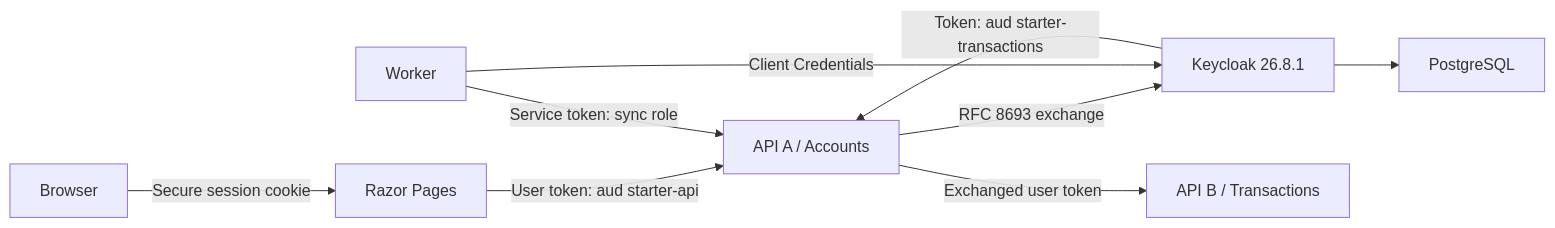
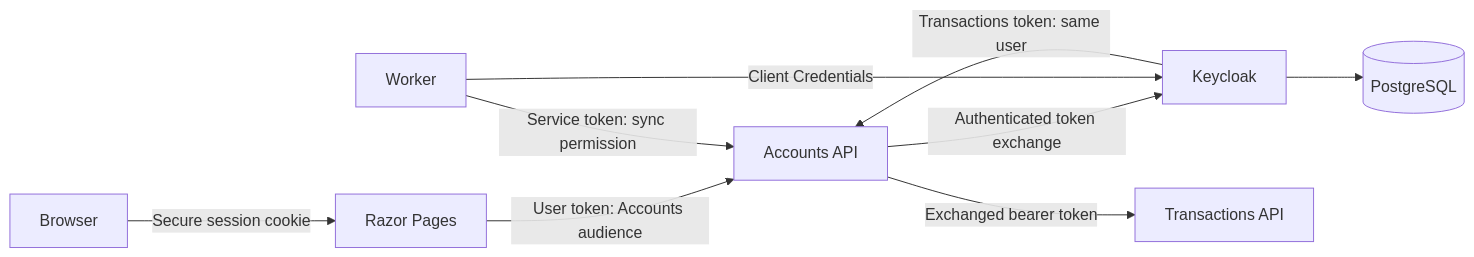
Before and after one commit to AamiriYouness/dotnet-keycloak-starter: the diagram in README.md, drawn with Mermaid. The commit also changed other lines of this file and 5 other files, not shown here.

```diff
--- a/README.md
+++ b/README.md
@@ -9,11 +14,11 @@
 ~~~mermaid
 flowchart LR
     Browser -->|Secure session cookie| Web[Razor Pages]
-    Web -->|User token: aud starter-api| A[API A / Accounts]
-    A -->|RFC 8693 exchange| KC[Keycloak 26.8.1]
-    KC -->|Token: aud starter-transactions| A
-    A -->|Exchanged user token| B[API B / Transactions]
+    Web -->|User token: Accounts audience| A[Accounts API]
+    A -->|Authenticated token exchange| KC[Keycloak]
+    KC -->|Transactions token: same user| A
+    A -->|Exchanged bearer token| B[Transactions API]
     Worker -->|Client Credentials| KC
-    Worker -->|Service token: sync role| A
-    KC --> PostgreSQL
+    Worker -->|Service token: sync permission| A
+    KC --> DB[(PostgreSQL)]
 ~~~
```
